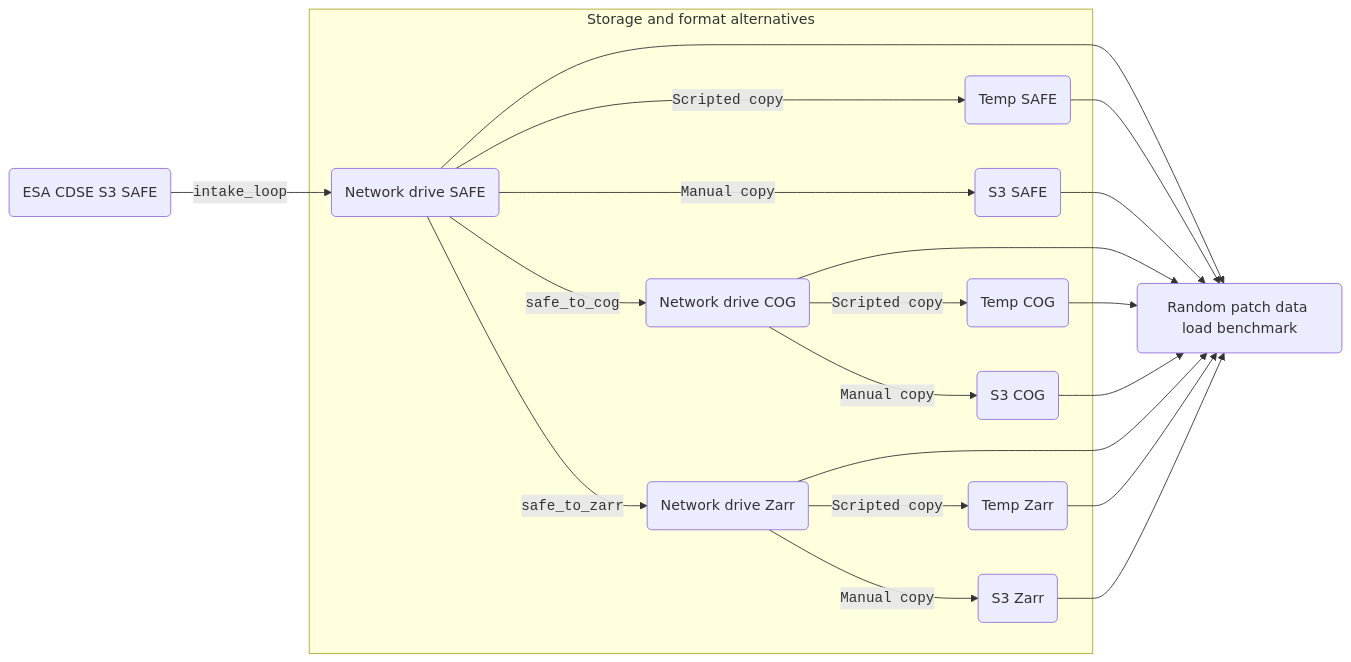
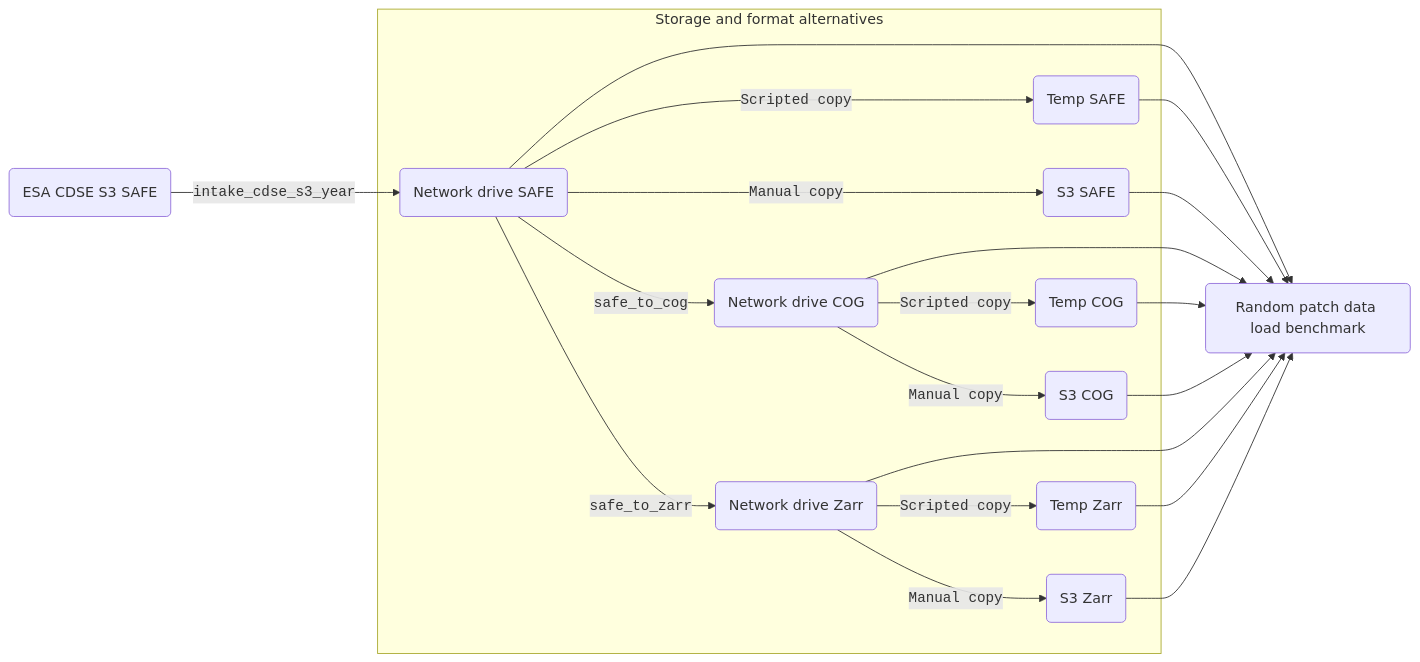
The second of 2 diagrams in README.md (hamk-uas/datacube-storage-lab), drawn with Mermaid before and after one commit. The commit also changed other lines of this file and 5 other files, not shown here.

````diff
--- a/README.md
+++ b/README.md
@@ -141,32 +151,32 @@
 ```mermaid
 graph LR;
-    A(ESA CDSE S3 SAFE)--<code>intake_loop</code>-->B(Network drive SAFE);
+    A(ESA CDSE S3 SAFE)--<code>intake_cdse_s3_year</code>-->B(Network drive SAFE);
     B-->K(Random patch data load benchmark)
     C-->K
     D-->K
     E-->K
     F-->K
     G-->K
     H-->K
     I-->K
     J-->K
     B--<code>Scripted copy</code>--->J(Temp SAFE);
     B--<code>Manual copy</code>--->I(S3 SAFE);    
     B--<code>safe_to_cog</code>-->C(Network drive COG);
     B--<code>safe_to_zarr</code>-->D(Network drive Zarr);
     C--<code>Scripted copy</code>-->E(Temp COG);
     D--<code>Scripted copy</code>-->F(Temp Zarr);
     C--<code>Manual copy</code>-->G(S3 COG);
     D--<code>Manual copy</code>-->H(S3 Zarr);    
     subgraph Storage and format alternatives
         B
         C
         D
         E
         F
         G
         H
         I
         J
     end
 ```
````
